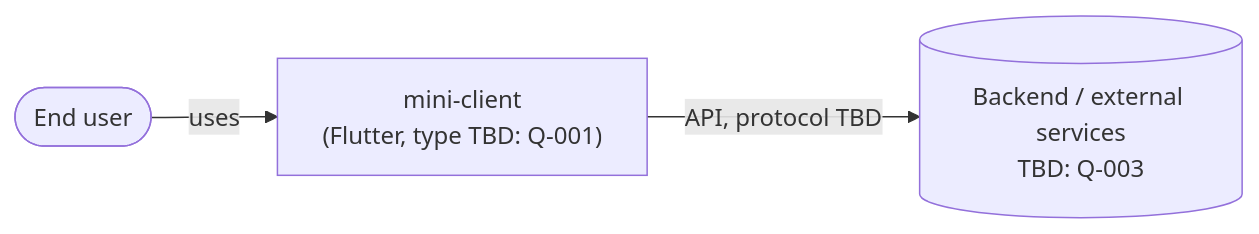
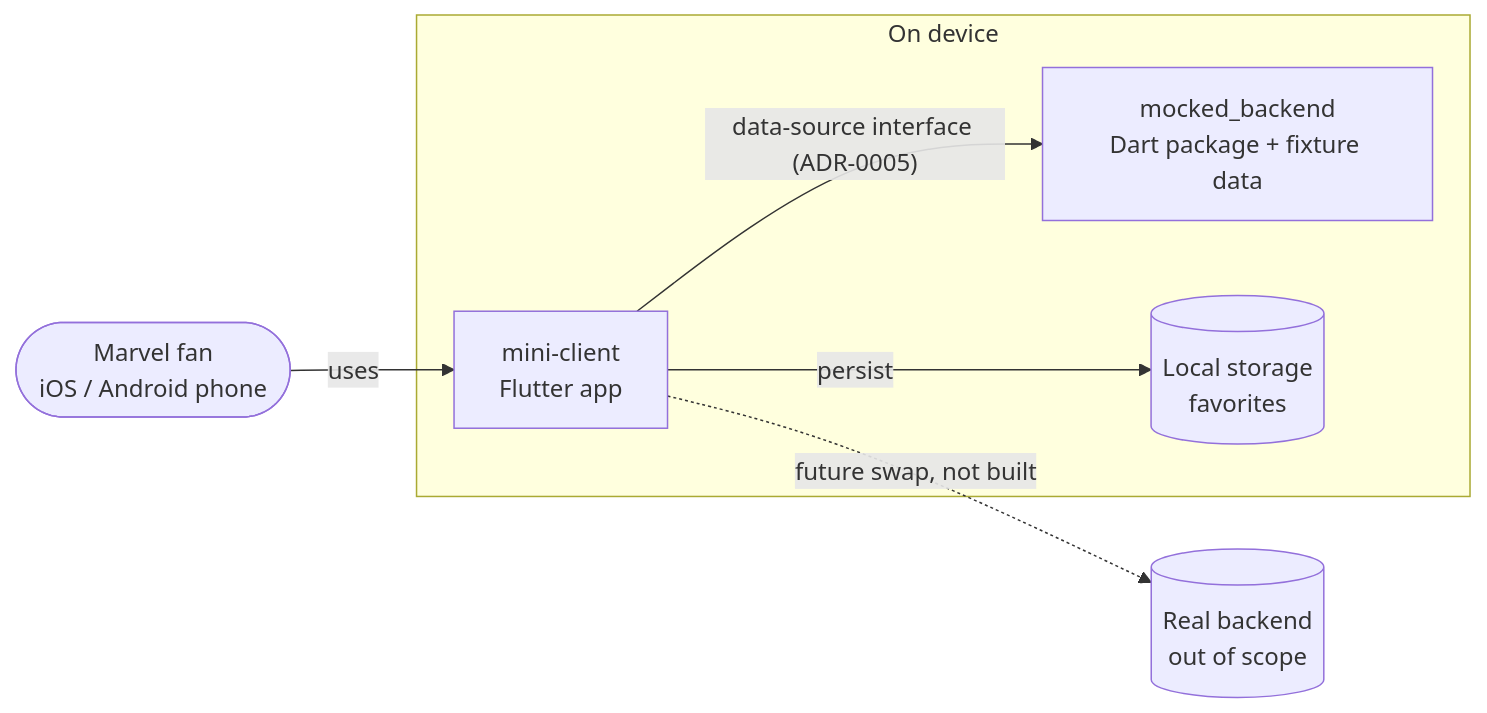
The first of 2 diagrams in documents/architecture/overview.md (emiliev/mini-client-application), drawn with Mermaid before and after one commit. The commit also changed other lines of this file and 23 other files, not shown here.

First line of the commit message:
T-0002: Record PO direction, draft charter, add mocked backend ADRs

````diff
--- a/documents/architecture/overview.md
+++ b/documents/architecture/overview.md
@@ -11,8 +11,14 @@
 ```mermaid
 flowchart LR
-    user([End user])
-    app["mini-client<br/>(Flutter, type TBD: Q-001)"]
-    backend[("Backend / external services<br/>TBD: Q-003")]
+    user([Marvel fan<br/>iOS / Android phone])
+    subgraph device["On device"]
+        app["mini-client<br/>Flutter app"]
+        mb["mocked_backend<br/>Dart package + fixture data"]
+        local[("Local storage<br/>favorites")]
+    end
+    real[("Real backend<br/>out of scope")]
     user -->|uses| app
-    app -->|"API, protocol TBD"| backend
+    app -->|"data-source interface (ADR-0005)"| mb
+    app -->|persist| local
+    app -. "future swap, not built" .-> real
 ```
````
